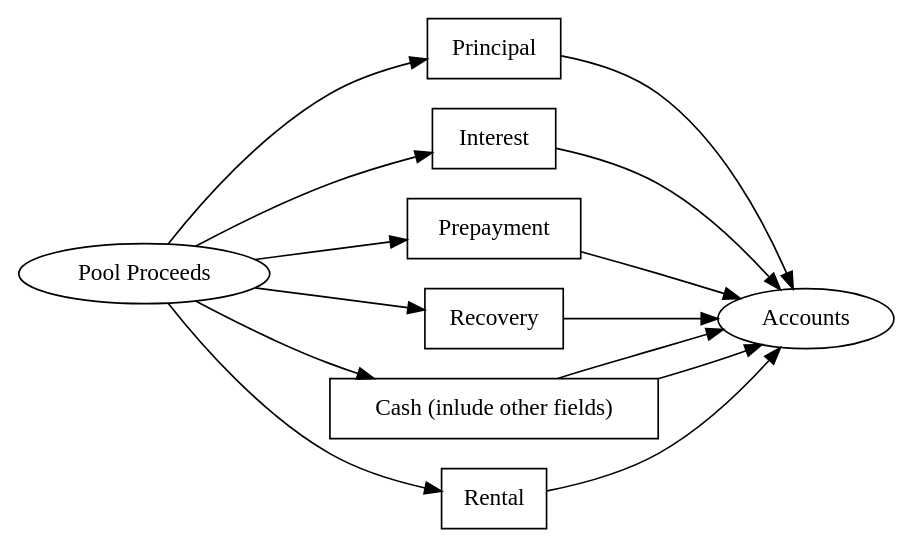
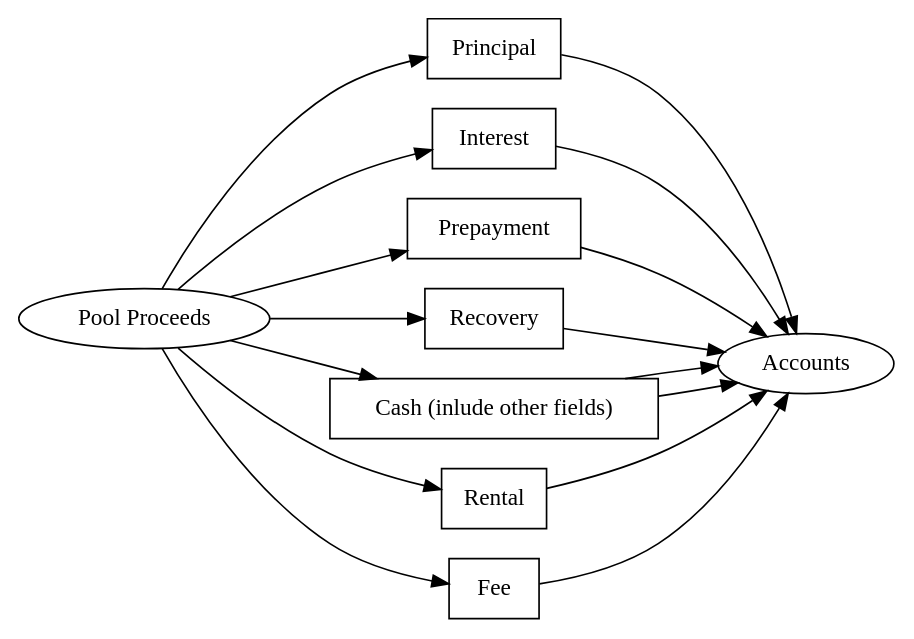
Before and after one commit to yellowbean/AbsBox: the fifth of 7 diagrams in docs/source/modeling.rst, drawn with Graphviz. The commit also changed other lines of this file, not shown here.

```diff
--- a/docs/source/modeling.rst
+++ b/docs/source/modeling.rst
@@ -1428,28 +1428,31 @@
 .. graphviz::
     :name: sphinx.ext.graphviz
     :caption: rules define pool cash aggregate to accounts
     :alt: pool-to-account-rule
     :align: center
     
     digraph {
         rankdir = LR
         "Pool Proceeds" -> Principal 
         "Pool Proceeds" -> Interest 
         "Pool Proceeds" -> Prepayment 
         "Pool Proceeds" -> Recovery 
         "Pool Proceeds" -> Cash  
-        "Pool Proceeds" -> Rental 
+        "Pool Proceeds" -> Rental
+        "Pool Proceeds" -> Fee
         Principal [shape=box]
         Interest [shape=box]
         Prepayment [shape=box]
         Recovery [shape=box]
+        Fee [shape=box]
         Cash [shape=box,label="Cash (inlude other fields)"]
         Rental [shape=box]
         Principal -> "Accounts"
         Cash -> "Accounts"
         Prepayment -> "Accounts"
         Interest -> "Accounts"
         Recovery -> "Accounts"
         Cash -> "Accounts"
         Rental -> "Accounts"
+        Fee -> "Accounts"
     }
```
